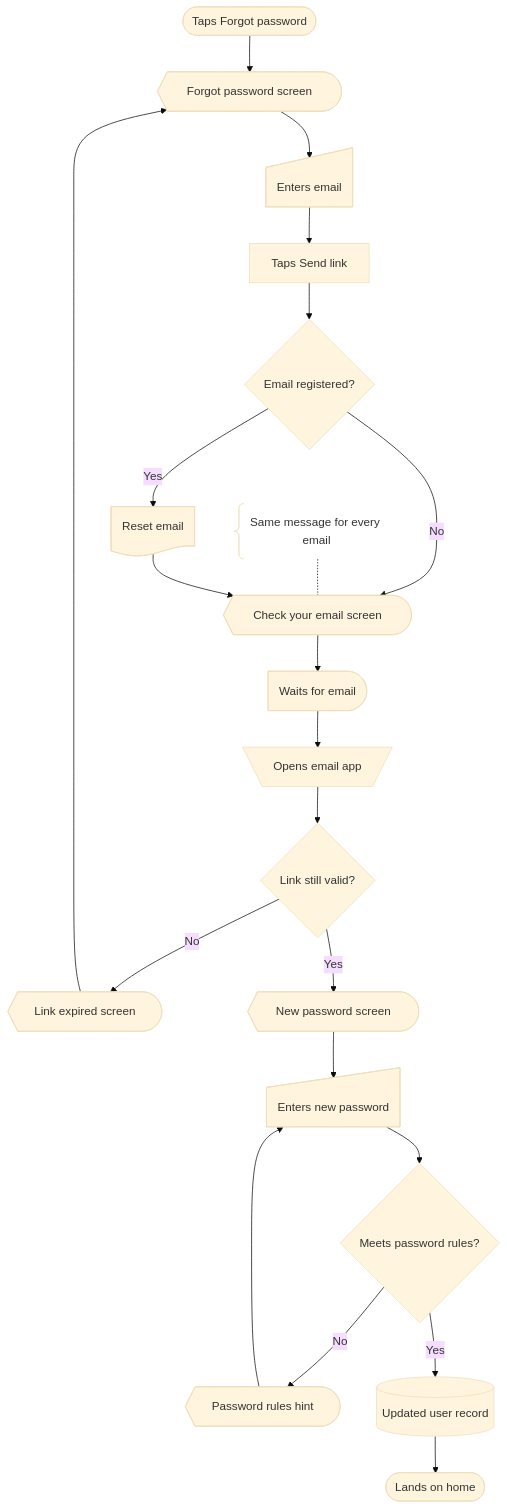
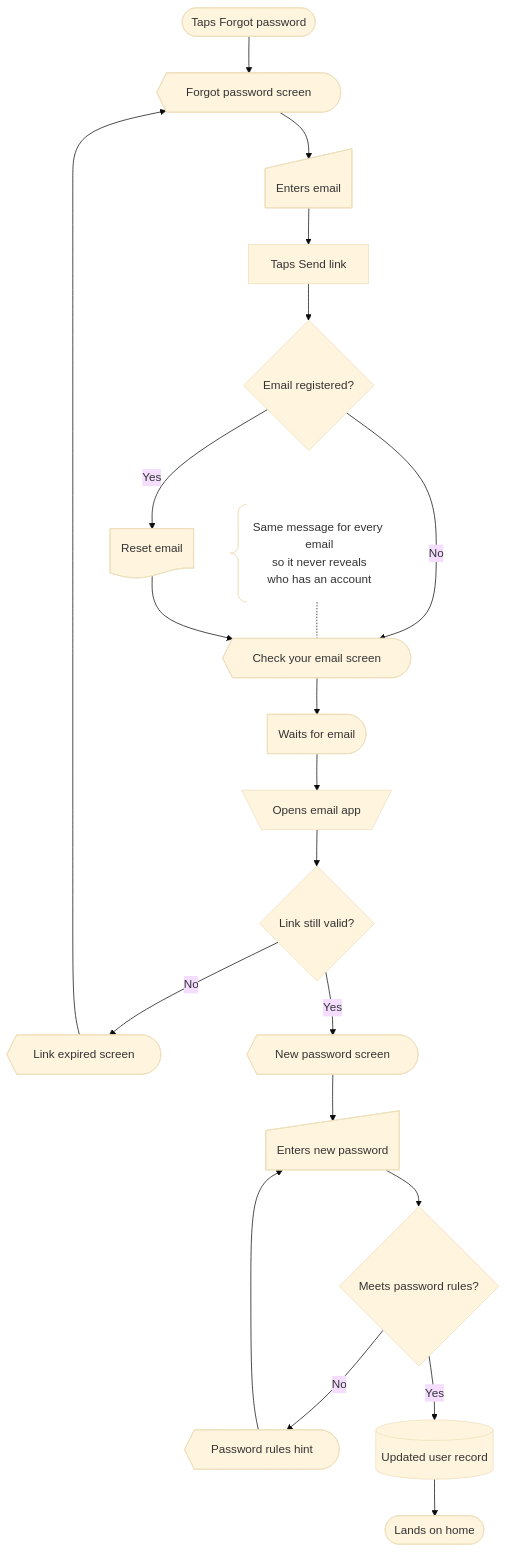
The sixth of 7 diagrams in references/flows.md (yoursharif/mermaid-userflow-diagram), drawn with Mermaid (base theme) before and after one commit. The commit also changed other lines of this file and 4 other files, not shown here.

````diff
--- a/references/flows.md
+++ b/references/flows.md
@@ -205,42 +205,42 @@
 ```mermaid
 flowchart TD
   startForgot@{ shape: stadium, label: "Taps Forgot password" }
   scrForgot@{ shape: curv-trap, label: "Forgot password screen" }
   inEmail@{ shape: sl-rect, label: "Enters email" }
   actSend@{ shape: rect, label: "Taps Send link" }
   decKnown@{ shape: diam, label: "Email registered?" }
   docReset@{ shape: doc, label: "Reset email" }
   scrCheck@{ shape: curv-trap, label: "Check your email screen" }
-  noteSame@{ shape: brace, label: "Same message for every email" }
+  noteSame@{ shape: brace, label: "Same message for every email<br>so it never reveals<br>who has an account" }
   waitEmail@{ shape: delay, label: "Waits for email" }
   manOpenEmail@{ shape: trap-t, label: "Opens email app" }
   decLink@{ shape: diam, label: "Link still valid?" }
   scrExpired@{ shape: curv-trap, label: "Link expired screen" }
   scrNewPassword@{ shape: curv-trap, label: "New password screen" }
   inNewPassword@{ shape: sl-rect, label: "Enters new password" }
   decRules@{ shape: diam, label: "Meets password rules?" }
   scrRules@{ shape: curv-trap, label: "Password rules hint" }
   dbUser@{ shape: cyl, label: "Updated user record" }
   exitHome@{ shape: stadium, label: "Lands on home" }
 
   startForgot --> scrForgot
   scrForgot --> inEmail
   inEmail --> actSend
   actSend --> decKnown
   decKnown -->|Yes| docReset
   decKnown -->|No| scrCheck
   noteSame -.- scrCheck
   docReset --> scrCheck
   scrCheck --> waitEmail
   waitEmail --> manOpenEmail
   manOpenEmail --> decLink
   decLink -->|No| scrExpired
   decLink -->|Yes| scrNewPassword
   scrExpired --> scrForgot
   scrNewPassword --> inNewPassword
   inNewPassword --> decRules
   decRules -->|No| scrRules
   decRules -->|Yes| dbUser
   scrRules --> inNewPassword
   dbUser --> exitHome
 ```
````
